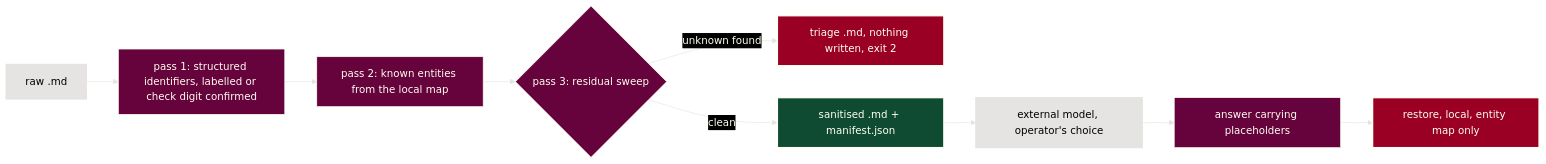
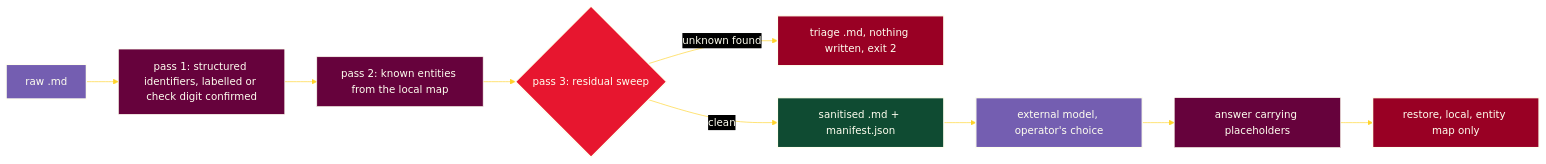
One commit to ryanduguid/accounting-review-pipeline changed the diagram in packages/evatt/DATA-FLOW.md. Above: the diagram before and after it, drawn with Mermaid. The commit also changed 4 other files, not shown here.

Commit message:
docs: extend Mermaid accent palette (#392)

````diff
--- a/packages/evatt/DATA-FLOW.md
+++ b/packages/evatt/DATA-FLOW.md
@@ -20,17 +20,19 @@
 ```mermaid
 flowchart LR
-%%{init: {"theme": "base", "look": "classic", "themeVariables": {"background": "#000000", "primaryColor": "#66023C", "primaryTextColor": "#FFFFF0", "primaryBorderColor": "#FFFFF0", "lineColor": "#E5E4E2", "textColor": "#FFFFF0", "edgeLabelBackground": "#000000", "clusterBkg": "#000000", "clusterBorder": "#E5E4E2", "titleColor": "#E5E4E2"}}}%%
+%%{init: {"theme": "base", "look": "classic", "themeVariables": {"background": "#000000", "primaryColor": "#66023C", "primaryTextColor": "#FFFFF0", "primaryBorderColor": "#FFFFF0", "lineColor": "#FFD32A", "textColor": "#FFFFF0", "edgeLabelBackground": "#000000", "clusterBkg": "#000000", "clusterBorder": "#9B7735", "titleColor": "#E5E4E2"}}}%%
     Raw["raw .md"] --> Structured["pass 1: structured identifiers, labelled or check digit confirmed"]
     Structured --> Entities["pass 2: known entities from the local map"]
     Entities --> Residual{"pass 3: residual sweep"}
     Residual -->|unknown found| Halt["triage .md, nothing written, exit 2"]
     Residual -->|clean| Out["sanitised .md + manifest.json"]
     Out --> Model["external model, operator's choice"]
     Model --> Answer["answer carrying placeholders"]
     Answer --> Restore["restore, local, entity map only"]
     style Halt fill:#990024,stroke:#FFFFF0,stroke-width:2px,color:#FFFFF0
     style Out fill:#0F4B32,stroke:#FFFFF0,stroke-width:2px,color:#FFFFF0
     style Restore fill:#990024,stroke:#FFFFF0,stroke-width:2px,color:#FFFFF0
-    classDef external fill:#E5E4E2,stroke:#E5E4E2,stroke-width:2px,color:#000000
+    classDef external fill:#745EB1,stroke:#FFFFF0,stroke-width:2px,color:#FFFFF0
     class Raw,Model external
+    classDef decision fill:#E7162F,stroke:#FFFFF0,stroke-width:2px,color:#FFFFF0
+    class Residual decision
 ```
````
